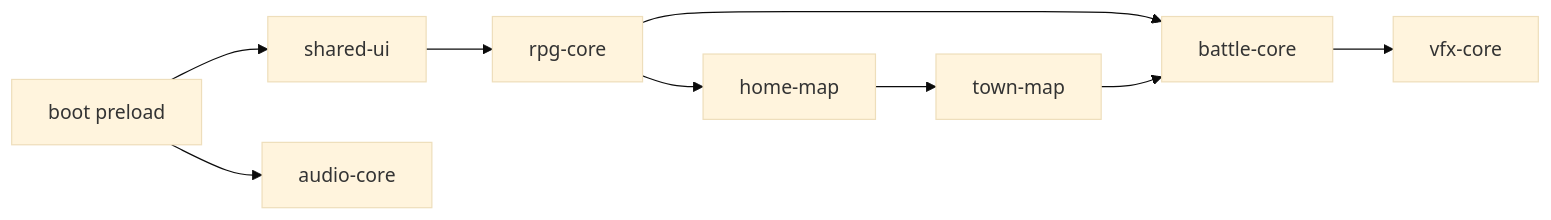
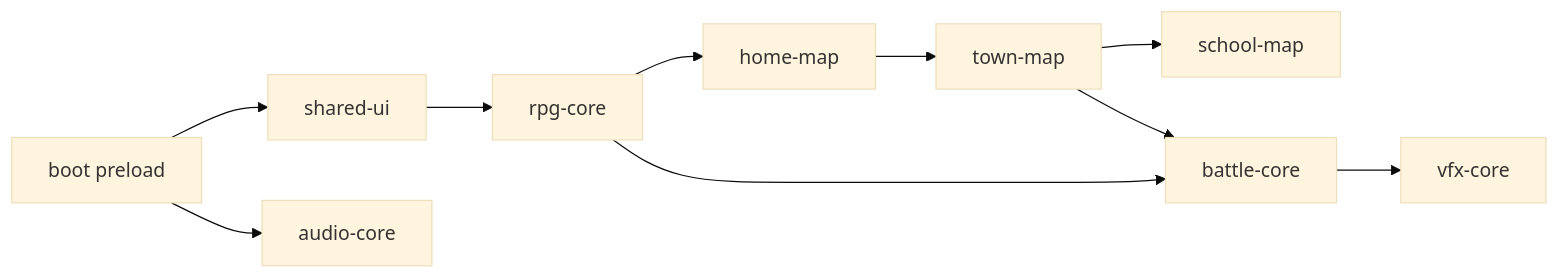
One commit to WispSnow/TinyFarmRPG changed the second of 2 diagrams in docs/web_release.md. Above: the diagram before and after it, drawn with Mermaid (base theme). The commit also changed other lines of this file and 19 other files, not shown here.

Commit message:
恢复地图配置与PC版相同

````diff
--- a/docs/web_release.md
+++ b/docs/web_release.md
@@ -183,20 +186,22 @@
 ```mermaid
 flowchart LR
   BOOT["boot preload"]
   UI["shared-ui"]
   RPG["rpg-core"]
   HOME["home-map"]
   TOWN["town-map"]
+  SCHOOL["school-map"]
   BATTLE["battle-core"]
   VFX["vfx-core"]
   AUDIO["audio-core"]
 
   BOOT --> UI
   UI --> RPG
   RPG --> HOME
   HOME --> TOWN
+  TOWN --> SCHOOL
   RPG --> BATTLE
   TOWN --> BATTLE
   BATTLE --> VFX
   BOOT --> AUDIO
 ```
````
